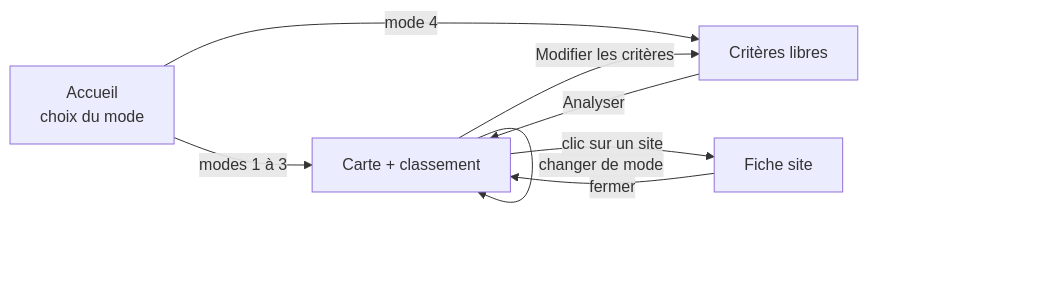
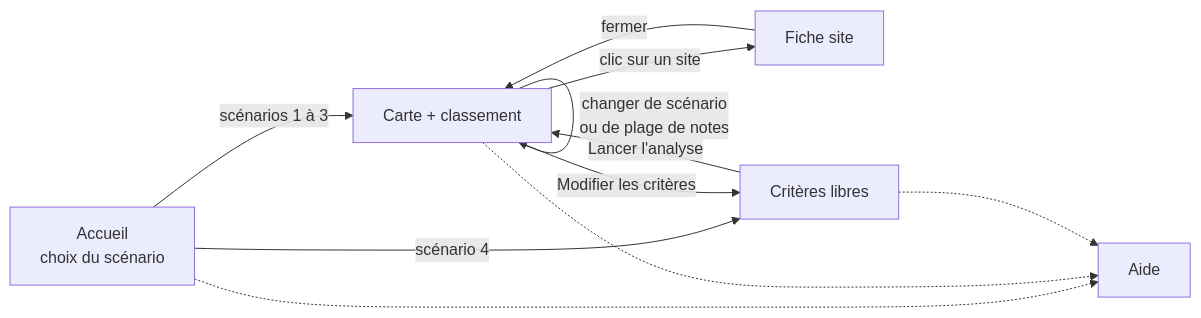
Before and after one commit to ddmp3/EarthMoon: the diagram in docs/parcours-utilisateur.md, drawn with Mermaid. The commit also changed other lines of this file and 1 other file, not shown here.

First line of the commit message:
docs: maquettes en thème spatial, aide, filtre de compatibilité et aperçu mobile

````diff
--- a/docs/parcours-utilisateur.md
+++ b/docs/parcours-utilisateur.md
@@ -9,10 +15,11 @@
 ```mermaid
 flowchart LR
-  A[Accueil<br/>choix du mode] -->|modes 1 à 3| C[Carte + classement]
-  A -->|mode 4| F[Critères libres]
-  F -->|Analyser| C
+  A[Accueil<br/>choix du scénario] -->|scénarios 1 à 3| C[Carte + classement]
+  A -->|scénario 4| F[Critères libres]
+  F -->|Lancer l'analyse| C
   C -->|clic sur un site| S[Fiche site]
   S -->|fermer| C
-  C -->|changer de mode| C
+  C -->|changer de scénario<br/>ou de plage de notes| C
   C -->|Modifier les critères| F
+  A & C & F -.-> H[Aide]
 ```
````
